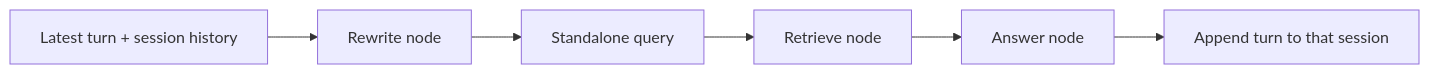
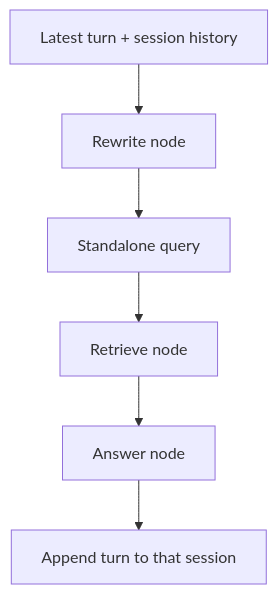
The first of 2 diagrams in src/rag_lab/labs/conversational_rag/README.md (rajeswarandhandapani/rag-patterns-lab), drawn with Mermaid before and after one commit. The commit also changed other lines of this file and 10 other files, not shown here.

````diff
--- a/src/rag_lab/labs/conversational_rag/README.md
+++ b/src/rag_lab/labs/conversational_rag/README.md
@@ -10,8 +10,8 @@
 ```mermaid
-flowchart LR
-    Turn[Latest turn + session history] --> Rewrite[Rewrite node]
-    Rewrite --> Standalone[Standalone query]
-    Standalone --> Retrieve[Retrieve node]
-    Retrieve --> Answer[Answer node]
-    Answer --> Memory[Append turn to that session]
+flowchart TD
+    Turn["Latest turn + session history"] --> Rewrite["Rewrite node"]
+    Rewrite --> Standalone["Standalone query"]
+    Standalone --> Retrieve["Retrieve node"]
+    Retrieve --> Answer["Answer node"]
+    Answer --> Memory["Append turn to that session"]
 ```
````
